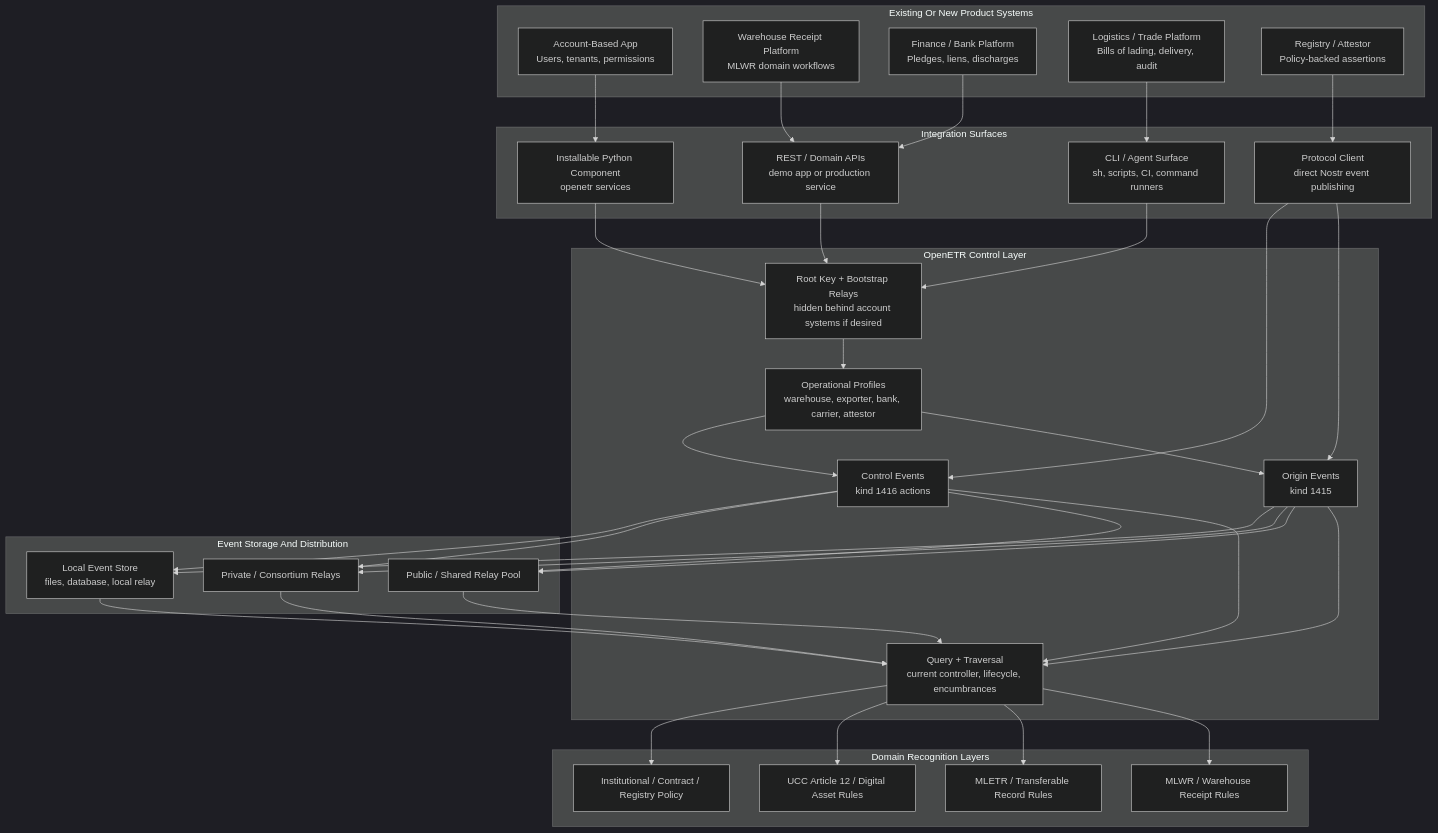
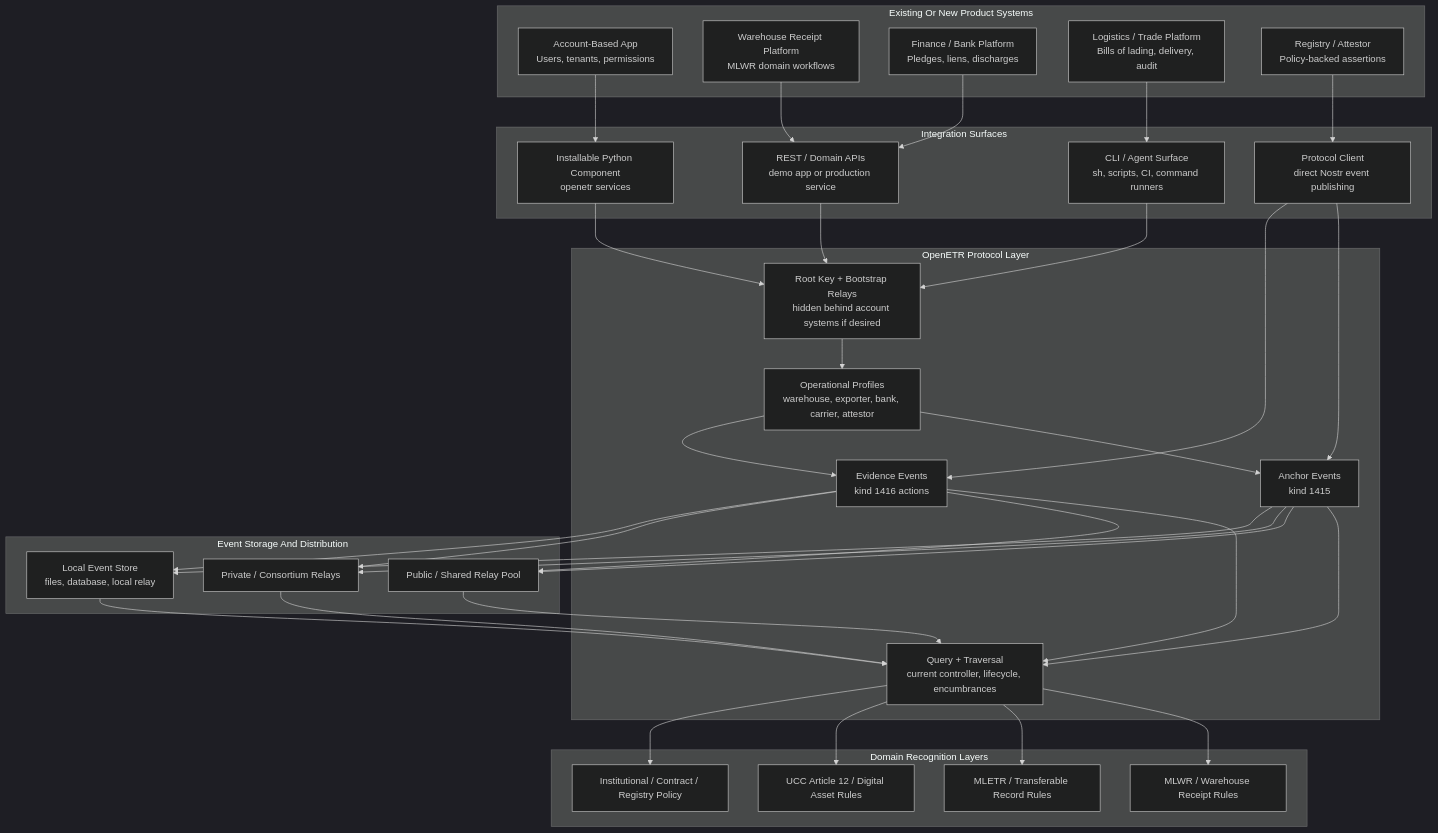
Before and after one commit to trbouma/openetr: the diagram in docs/specs/SYSTEM_INTEGRATION_CONSIDERATIONS.md, drawn with Mermaid (dark theme). The commit also changed other lines of this file and 99 other files, not shown here.

Commit message:
docs: align OpenETR model around evidence events and consequential state

````diff
--- a/docs/specs/SYSTEM_INTEGRATION_CONSIDERATIONS.md
+++ b/docs/specs/SYSTEM_INTEGRATION_CONSIDERATIONS.md
@@ -764,72 +764,72 @@
 ```mermaid
 flowchart TB
   subgraph Products["Existing Or New Product Systems"]
     AccountApp["Account-Based App<br/>Users, tenants, permissions"]
     WarehouseApp["Warehouse Receipt Platform<br/>MLWR domain workflows"]
     FinanceApp["Finance / Bank Platform<br/>Pledges, liens, discharges"]
     LogisticsApp["Logistics / Trade Platform<br/>Bills of lading, delivery, audit"]
     RegistryApp["Registry / Attestor<br/>Policy-backed assertions"]
   end
 
   subgraph Integration["Integration Surfaces"]
     PythonComponent["Installable Python Component<br/>openetr services"]
     CLI["CLI / Agent Surface<br/>sh, scripts, CI, command runners"]
     RestService["REST / Domain APIs<br/>demo app or production service"]
     ProtocolClient["Protocol Client<br/>direct Nostr event publishing"]
   end
 
-  subgraph OpenETR["OpenETR Control Layer"]
+  subgraph OpenETR["OpenETR Protocol Layer"]
     Bootstrap["Root Key + Bootstrap Relays<br/>hidden behind account systems if desired"]
     Profiles["Operational Profiles<br/>warehouse, exporter, bank, carrier, attestor"]
-    Origin["Origin Events<br/>kind 1415"]
-    Control["Control Events<br/>kind 1416 actions"]
+    Origin["Anchor Events<br/>kind 1415"]
+    Control["Evidence Events<br/>kind 1416 actions"]
     Query["Query + Traversal<br/>current controller, lifecycle, encumbrances"]
   end
 
   subgraph Stores["Event Storage And Distribution"]
     PublicRelays["Public / Shared Relay Pool"]
     PrivateRelays["Private / Consortium Relays"]
     LocalStore["Local Event Store<br/>files, database, local relay"]
   end
 
   subgraph Recognition["Domain Recognition Layers"]
     MLWR["MLWR / Warehouse Receipt Rules"]
     MLETR["MLETR / Transferable Record Rules"]
     UCC12["UCC Article 12 / Digital Asset Rules"]
     Policy["Institutional / Contract / Registry Policy"]
   end
 
   AccountApp --> PythonComponent
   WarehouseApp --> RestService
   FinanceApp --> RestService
   LogisticsApp --> CLI
   RegistryApp --> ProtocolClient
 
   PythonComponent --> Bootstrap
   CLI --> Bootstrap
   RestService --> Bootstrap
   ProtocolClient --> Origin
   ProtocolClient --> Control
 
   Bootstrap --> Profiles
   Profiles --> Origin
   Profiles --> Control
   Origin --> Query
   Control --> Query
 
   Origin --> PublicRelays
   Control --> PublicRelays
   Origin --> PrivateRelays
   Control --> PrivateRelays
   Origin --> LocalStore
   Control --> LocalStore
 
   PublicRelays --> Query
   PrivateRelays --> Query
   LocalStore --> Query
 
   Query --> MLWR
   Query --> MLETR
   Query --> UCC12
   Query --> Policy
 ```
````
